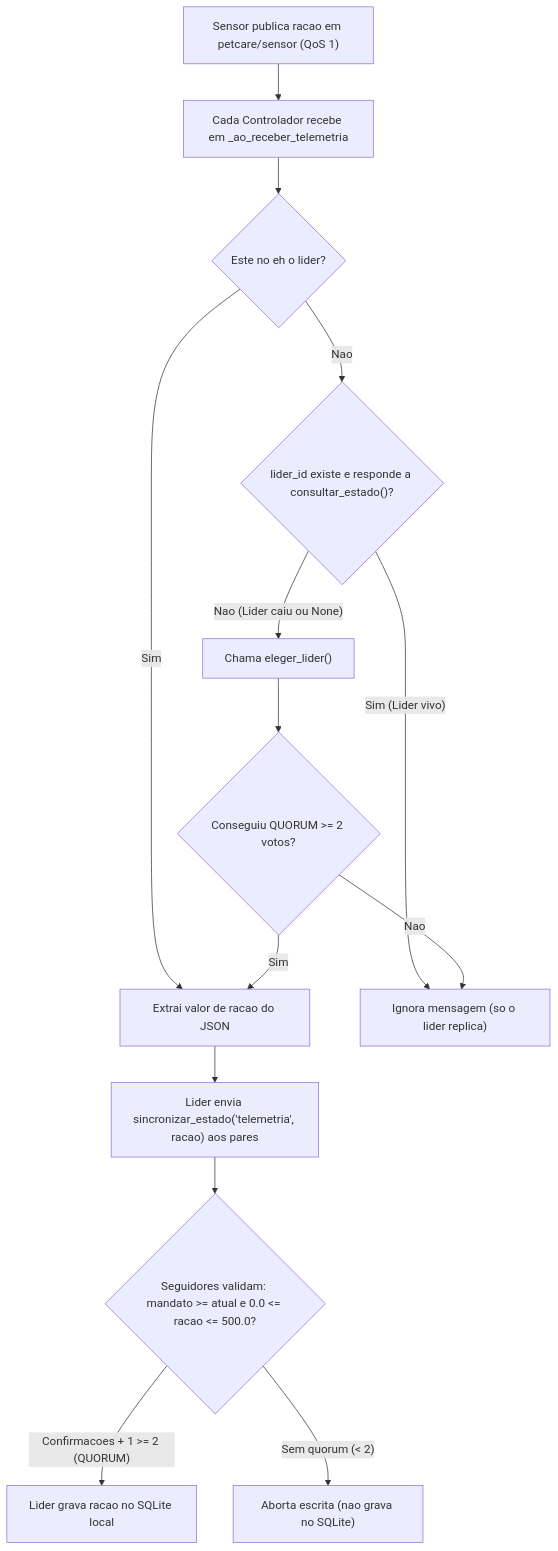
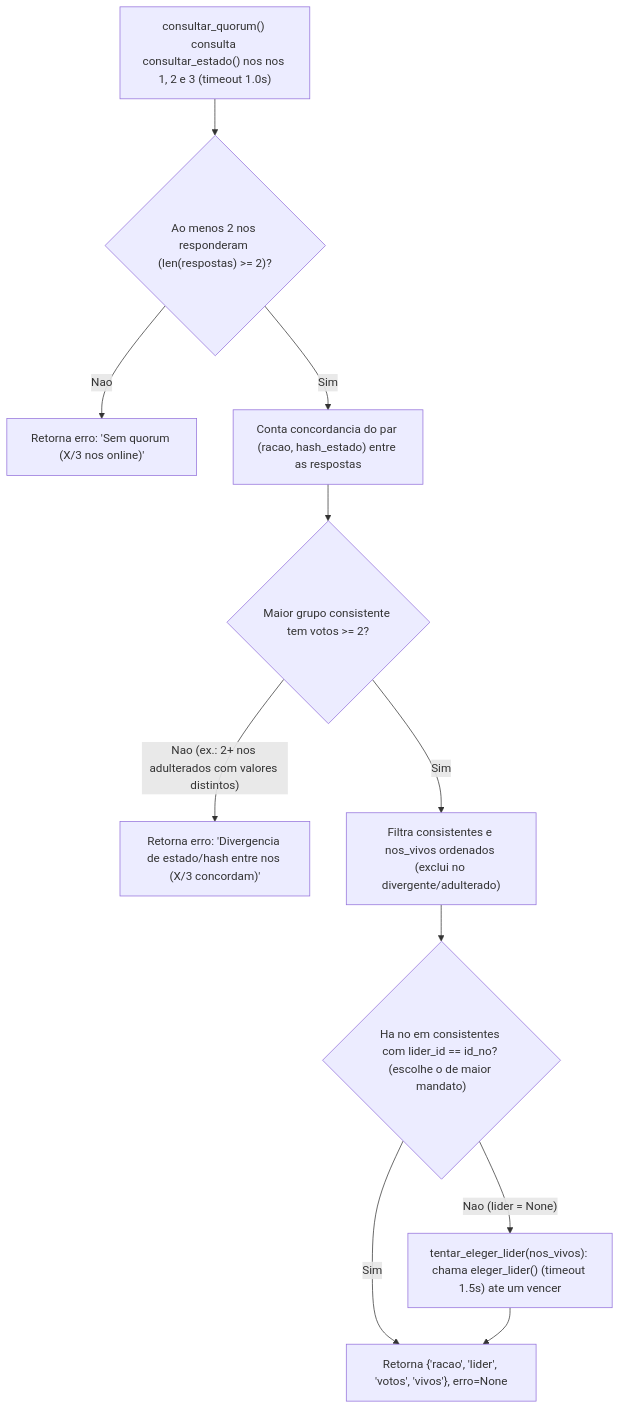
One commit to moimanu/pet-care changed the third of 4 diagrams in docs/fluxo-decisao.md. Above: the diagram before and after it, drawn with Mermaid. The commit also changed other lines of this file and 1 other file, not shown here.

Commit message:
docs: update README and decision flowcharts for unified sensor/actuator and hash quorum

````diff
--- a/docs/fluxo-decisao.md
+++ b/docs/fluxo-decisao.md
@@ -5,16 +53,13 @@
 ```mermaid
 flowchart TD
-    A["Sensor publica racao em petcare/sensor (QoS 1)"] --> B["Cada Controlador recebe em _ao_receber_telemetria"]
-    B --> C{"Este no eh o lider?"}
-    C -- "Sim" --> G["Extrai valor de racao do JSON"]
-    C -- "Nao" --> D{"lider_id existe e responde a consultar_estado()?"}
-    D -- "Sim (Lider vivo)" --> E["Ignora mensagem (so o lider replica)"]
-    D -- "Nao (Lider caiu ou None)" --> F["Chama eleger_lider()"]
-    F --> F1{"Conseguiu QUORUM >= 2 votos?"}
-    F1 -- "Nao" --> E
-    F1 -- "Sim" --> G
-    G --> H["Lider envia sincronizar_estado('telemetria', racao) aos pares"]
-    H --> I{"Seguidores validam: mandato >= atual e 0.0 <= racao <= 500.0?"}
-    I -- "Confirmacoes + 1 >= 2 (QUORUM)" --> J["Lider grava racao no SQLite local"]
-    I -- "Sem quorum (< 2)" --> K["Aborta escrita (nao grava no SQLite)"]
+    A["consultar_quorum() consulta consultar_estado() nos nos 1, 2 e 3 (timeout 1.0s)"] --> B{"Ao menos 2 nos responderam (len(respostas) >= 2)?"}
+    B -- "Nao" --> B1["Retorna erro: 'Sem quorum (X/3 nos online)'"]
+    B -- "Sim" --> C["Conta concordancia do par (racao, hash_estado) entre as respostas"]
+    C --> D{"Maior grupo consistente tem votos >= 2?"}
+    D -- "Nao (ex.: 2+ nos adulterados com valores distintos)" --> D1["Retorna erro: 'Divergencia de estado/hash entre nos (X/3 concordam)'"]
+    D -- "Sim" --> E["Filtra consistentes e nos_vivos ordenados (exclui no divergente/adulterado)"]
+    E --> F{"Ha no em consistentes com lider_id == id_no? (escolhe o de maior mandato)"}
+    F -- "Sim" --> H["Retorna {'racao', 'lider', 'votos', 'vivos'}, erro=None"]
+    F -- "Nao (lider = None)" --> G["tentar_eleger_lider(nos_vivos): chama eleger_lider() (timeout 1.5s) ate um vencer"]
+    G --> H
 ```
````
